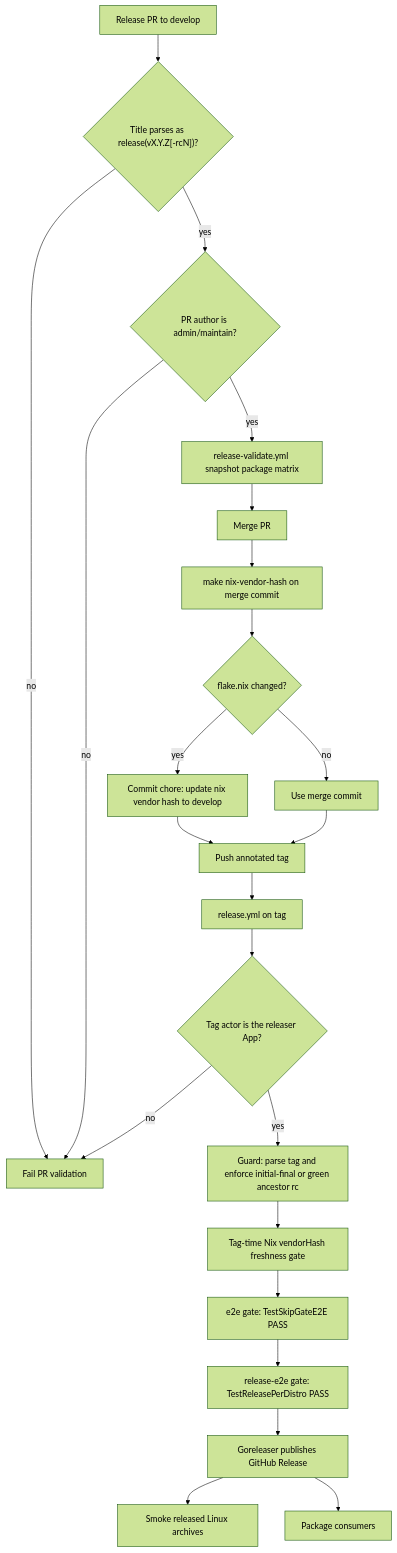
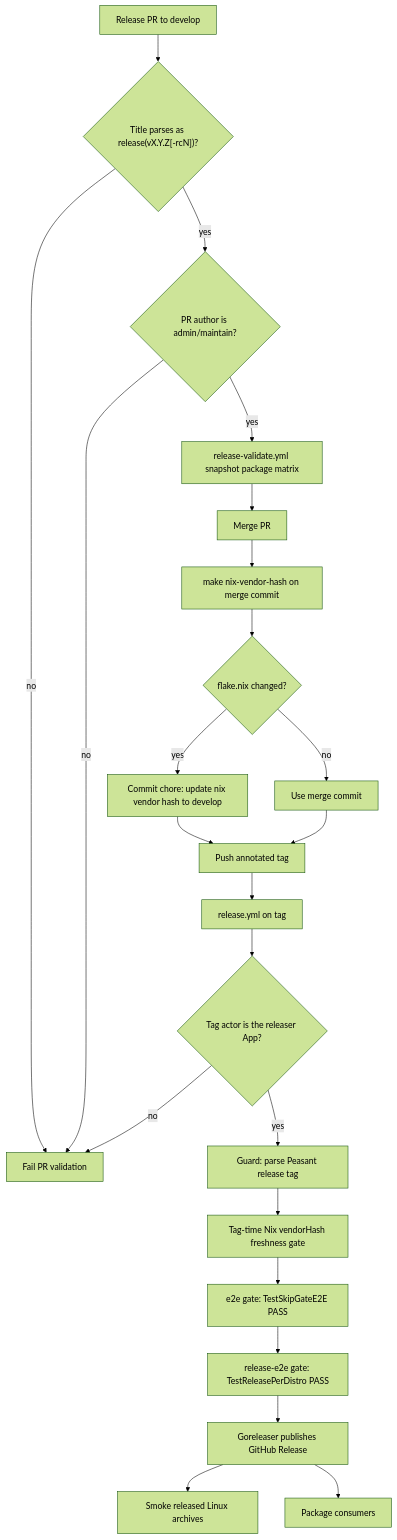
Before and after one commit to peasant-labs/peasant: the first of 4 diagrams in docs/release-architecture.md, drawn with Mermaid (forest theme). The commit also changed other lines of this file and 4 other files, not shown here.

First line of the commit message:
ci(release): allow final releases without prior rc (#289)

````diff
--- a/docs/release-architecture.md
+++ b/docs/release-architecture.md
@@ -33,25 +33,25 @@
 ```mermaid
 flowchart TD
   A[Release PR to develop] --> B{"Title parses as release(vX.Y.Z[-rcN])?"}
   B -- no --> X[Fail PR validation]
   B -- yes --> C{PR author is admin/maintain?}
   C -- no --> X
   C -- yes --> D[release-validate.yml snapshot package matrix]
   D --> F[Merge PR]
   F --> H[make nix-vendor-hash on merge commit]
   H --> I{flake.nix changed?}
   I -- yes --> J[Commit chore: update nix vendor hash to develop]
   I -- no --> K[Use merge commit]
   J --> L[Push annotated tag]
   K --> L
   L --> M[release.yml on tag]
   M --> V{Tag actor is the releaser App?}
   V -- no --> X
-  V -- yes --> N[Guard: parse tag and enforce initial-final or green ancestor rc]
+  V -- yes --> N[Guard: parse Peasant release tag]
   N --> O[Tag-time Nix vendorHash freshness gate]
   O --> E2[e2e gate: TestSkipGateE2E PASS]
   E2 --> RE[release-e2e gate: TestReleasePerDistro PASS]
   RE --> P[Goreleaser publishes GitHub Release]
   P --> Q[Smoke released Linux archives]
   P --> R[Package consumers]
 ```
````
